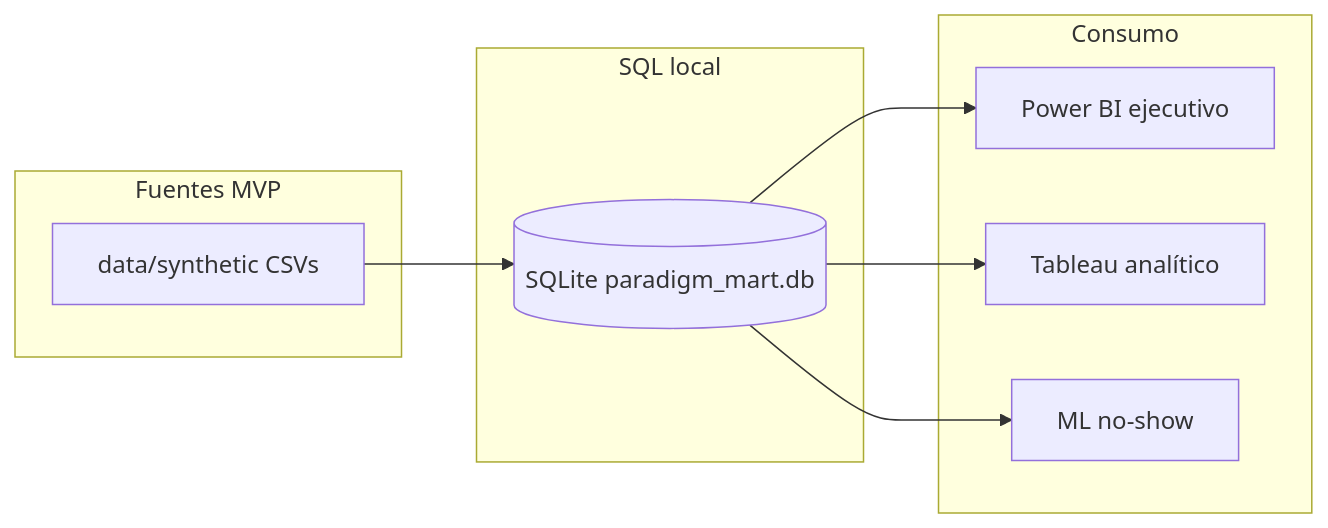
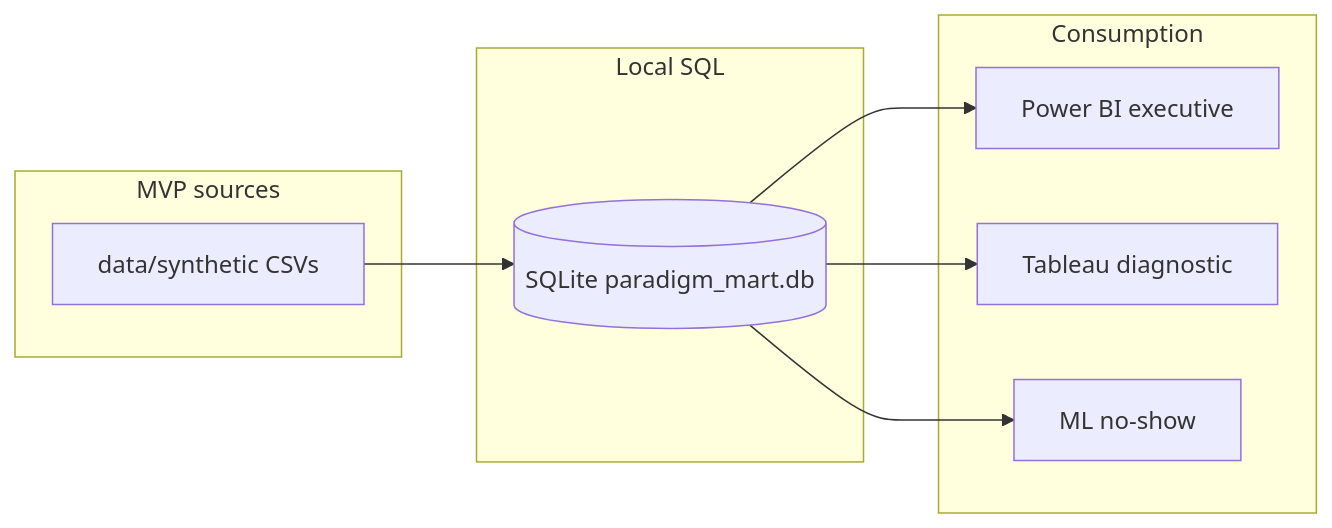
The second of 2 diagrams in docs/architecture.md (Agus-Delgado/Paradigm-), drawn with Mermaid before and after one commit. The commit also changed other lines of this file and 20 other files, not shown here.

````diff
--- a/docs/architecture.md
+++ b/docs/architecture.md
@@ -111,18 +111,18 @@
 ```mermaid
 flowchart LR
-  subgraph sources [Fuentes MVP]
+  subgraph sources [MVP sources]
     Syn[data/synthetic CSVs]
   end
-  subgraph mart [SQL local]
+  subgraph mart [Local SQL]
     SQL[(SQLite paradigm_mart.db)]
   end
-  subgraph consumption [Consumo]
-    PBI[Power BI ejecutivo]
-    Tab[Tableau analítico]
+  subgraph consumption [Consumption]
+    PBI[Power BI executive]
+    Tab[Tableau diagnostic]
     ML[ML no-show]
   end
   Syn --> SQL
   SQL --> PBI
   SQL --> Tab
   SQL --> ML
 ```
````
